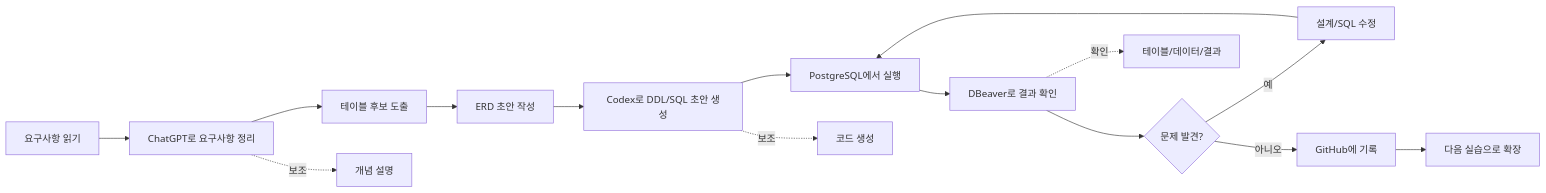
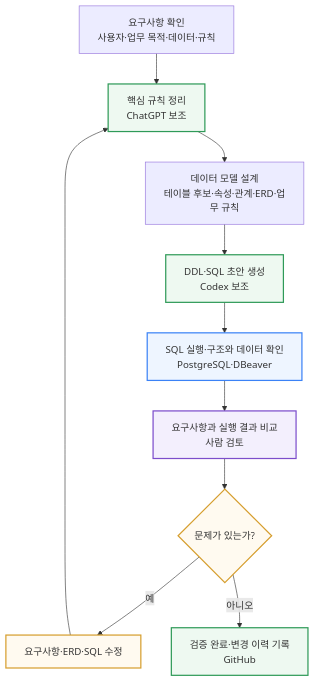
Before and after one commit to GilbertMoon/ai-database-book: the diagram in images/chapter01/ch01_03_ai_db_learning_flow.mmd, drawn with Mermaid.

Commit message:
AI 데이터베이스 작업 흐름 Mermaid 원본 동기화

```diff
--- a/images/chapter01/ch01_03_ai_db_learning_flow.mmd
+++ b/images/chapter01/ch01_03_ai_db_learning_flow.mmd
@@ -1,16 +1,22 @@
-flowchart LR
-    A[요구사항 읽기] --> B[ChatGPT로 요구사항 정리]
-    B --> C[테이블 후보 도출]
-    C --> D[ERD 초안 작성]
-    D --> E[Codex로 DDL/SQL 초안 생성]
-    E --> F[PostgreSQL에서 실행]
-    F --> G[DBeaver로 결과 확인]
-    G --> H{문제 발견?}
-    H -- 예 --> I[설계/SQL 수정]
-    I --> F
-    H -- 아니오 --> J[GitHub에 기록]
-    J --> K[다음 실습으로 확장]
+flowchart TD
+    A[요구사항 확인<br/>사용자·업무 목적·데이터·규칙] --> B[핵심 규칙 정리<br/>ChatGPT 보조]
+    B --> C[데이터 모델 설계<br/>테이블 후보·속성·관계·ERD·업무 규칙]
+    C --> D[DDL·SQL 초안 생성<br/>Codex 보조]
+    D --> E[SQL 실행·구조와 데이터 확인<br/>PostgreSQL·DBeaver]
+    E --> F[요구사항과 실행 결과 비교<br/>사람 검토]
+    F --> G{문제가 있는가?}
+    G -- 예 --> H[요구사항·ERD·SQL 수정]
+    H --> B
+    G -- 아니오 --> I[검증 완료·변경 이력 기록<br/>GitHub]
 
-    B -. 보조 .-> B1[개념 설명]
-    E -. 보조 .-> E1[코드 생성]
-    G -. 확인 .-> G1[테이블/데이터/결과]
+    classDef ai fill:#eef9f1,stroke:#2f9a58,stroke-width:2px;
+    classDef execute fill:#eef5ff,stroke:#3b82f6,stroke-width:2px;
+    classDef human fill:#f3effd,stroke:#7c4dcb,stroke-width:2px;
+    classDef decision fill:#fffaf0,stroke:#d69e2e,stroke-width:2px;
+    classDef complete fill:#eef9f1,stroke:#2f9a58,stroke-width:2px;
+
+    class B,D ai;
+    class E execute;
+    class F human;
+    class G,H decision;
+    class I complete;
```
